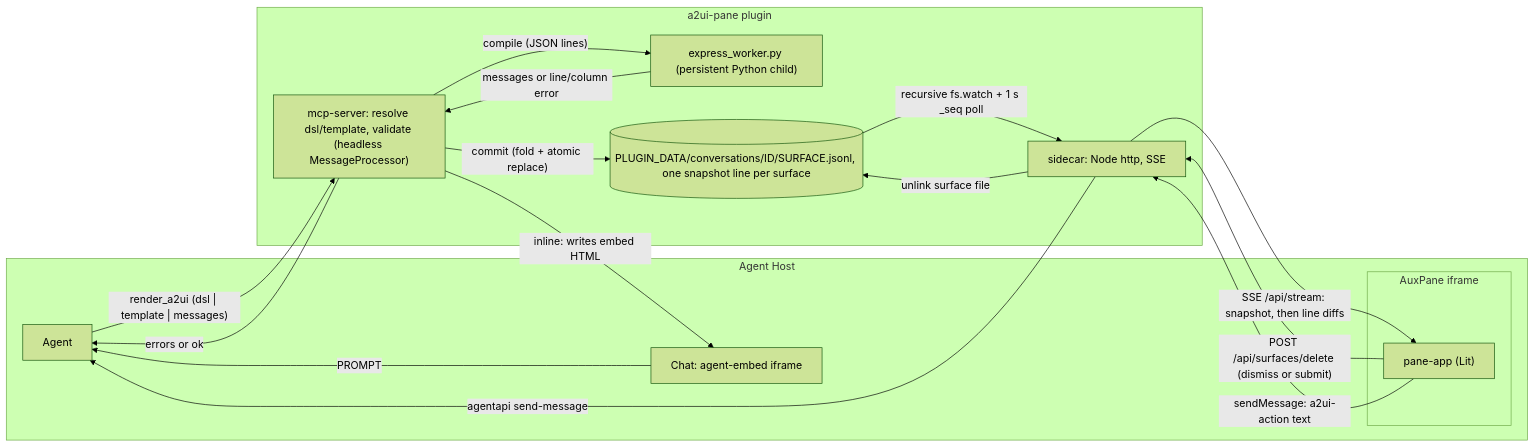
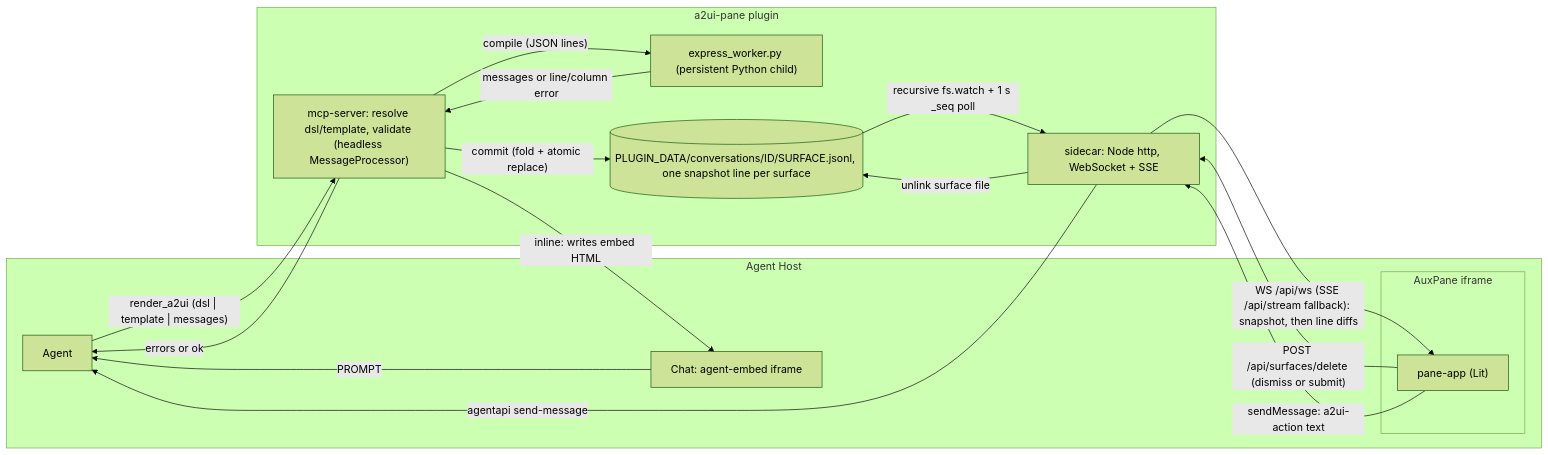
Before and after one commit to a2ui-project/labs: the first of 2 diagrams in plugin/a2ui-pane/docs/design.md, drawn with Mermaid (forest theme). The commit also changed other lines of this file, not shown here.

First line of the commit message:
docs(a2ui-pane): document WebSocket transport and visibility lifecycle

````diff
--- a/plugin/a2ui-pane/docs/design.md
+++ b/plugin/a2ui-pane/docs/design.md
@@ -41,29 +41,29 @@
 ```mermaid
 flowchart LR
     subgraph Host["Agent Host"]
       Agent[Agent]
       Chat["Chat: agent-embed iframe"]
       subgraph Pane["AuxPane iframe"]
         App["pane-app (Lit)"]
       end
     end
     subgraph Repo["a2ui-pane plugin"]
       MCP["mcp-server: resolve dsl/template, validate (headless MessageProcessor)"]
       W["express_worker.py (persistent Python child)"]
       Store[("PLUGIN_DATA/conversations/ID/SURFACE.jsonl, one snapshot line per surface")]
-      Side["sidecar: Node http, SSE"]
+      Side["sidecar: Node http, WebSocket + SSE"]
     end
     Agent -->|"render_a2ui (dsl | template | messages)"| MCP
     MCP -->|"compile (JSON lines)"| W
     W -->|"messages or line/column error"| MCP
     MCP -->|"errors or ok"| Agent
     MCP -->|"commit (fold + atomic replace)"| Store
     Store -->|"recursive fs.watch + 1 s _seq poll"| Side
-    Side -->|"SSE /api/stream: snapshot, then line diffs"| App
+    Side -->|"WS /api/ws (SSE /api/stream fallback): snapshot, then line diffs"| App
     App -->|"POST /api/surfaces/delete (dismiss or submit)"| Side
     Side -->|"unlink surface file"| Store
     App -->|"sendMessage: a2ui-action text"| Side
     Side -->|"agentapi send-message"| Agent
     MCP -->|"inline: writes embed HTML"| Chat
     Chat -->|"PROMPT"| Agent
 ```
````
